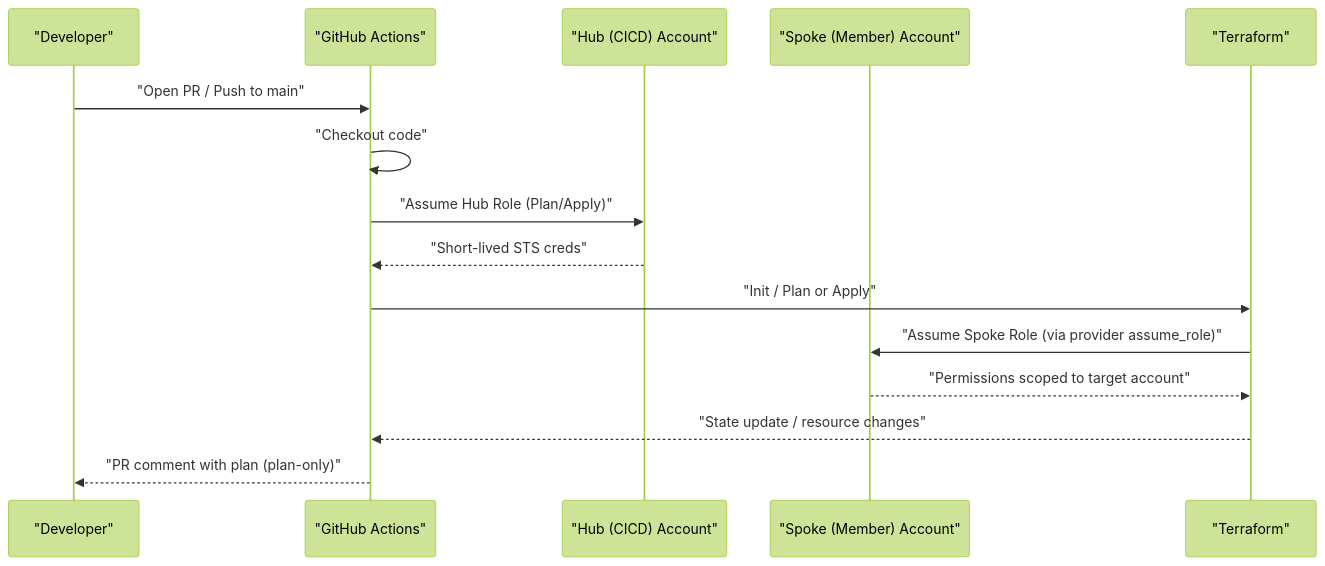
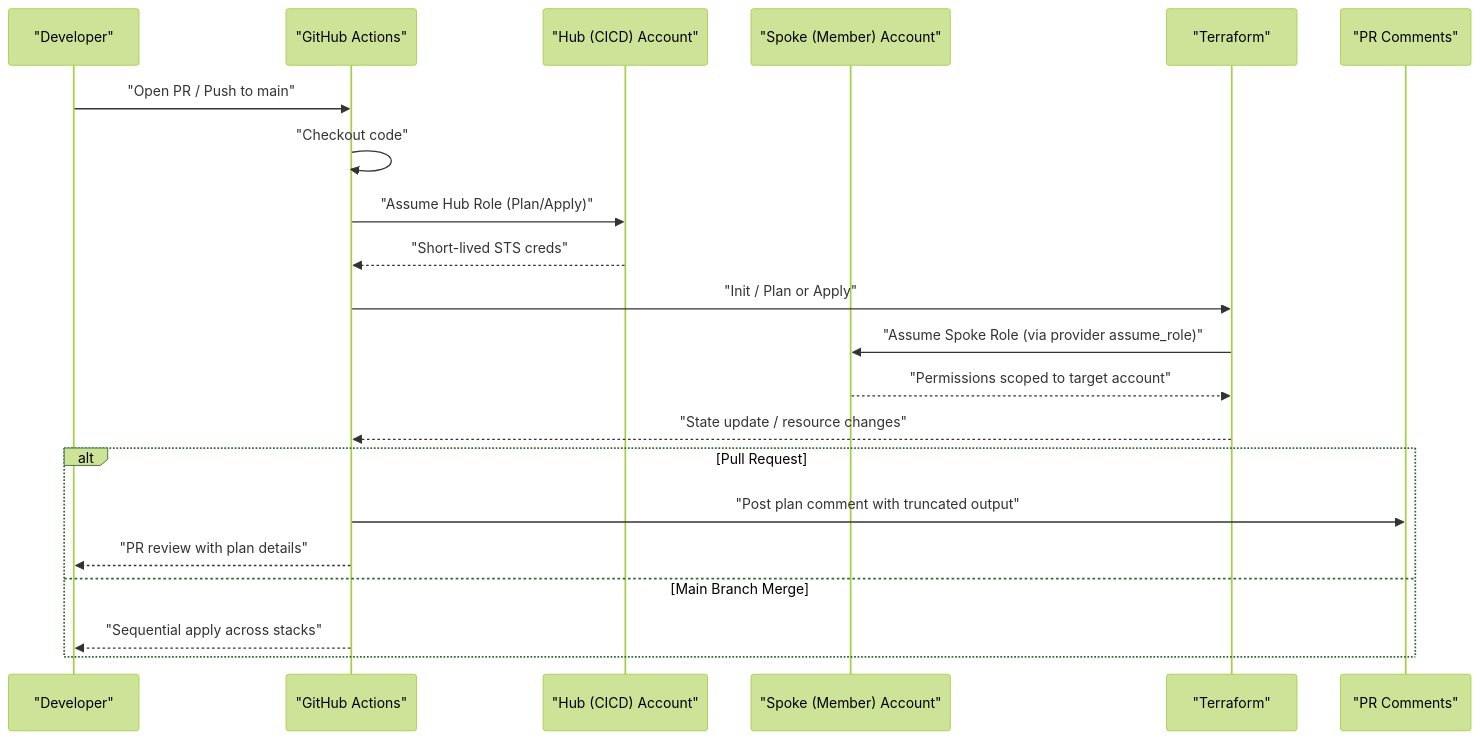
Before and after one commit to AlibabaCloudLandingZone/alibabacloud-landingzone-accelerator-github-demo: the second of 10 diagrams in .qoder/repowiki/en/content/CI_CD Pipeline Architecture/CI_CD Pipeline Architecture.md, drawn with Mermaid (forest theme). The commit also changed other lines of this file and 104 other files, not shown here.

````diff
--- a/.qoder/repowiki/en/content/CI_CD Pipeline Architecture/CI_CD Pipeline Architecture.md
+++ b/.qoder/repowiki/en/content/CI_CD Pipeline Architecture/CI_CD Pipeline Architecture.md
@@ -114,17 +124,23 @@
 ```mermaid
 sequenceDiagram
 participant Dev as "Developer"
 participant GH as "GitHub Actions"
 participant Hub as "Hub (CICD) Account"
 participant Spoke as "Spoke (Member) Account"
 participant TF as "Terraform"
+participant PR as "PR Comments"
 Dev->>GH : "Open PR / Push to main"
 GH->>GH : "Checkout code"
 GH->>Hub : "Assume Hub Role (Plan/Apply)"
 Hub-->>GH : "Short-lived STS creds"
 GH->>TF : "Init / Plan or Apply"
 TF->>Spoke : "Assume Spoke Role (via provider assume_role)"
 Spoke-->>TF : "Permissions scoped to target account"
 TF-->>GH : "State update / resource changes"
-GH-->>Dev : "PR comment with plan (plan-only)"
+alt Pull Request
+GH->>PR : "Post plan comment with truncated output"
+GH-->>Dev : "PR review with plan details"
+else Main Branch Merge
+GH-->>Dev : "Sequential apply across stacks"
+end
 ```
````
